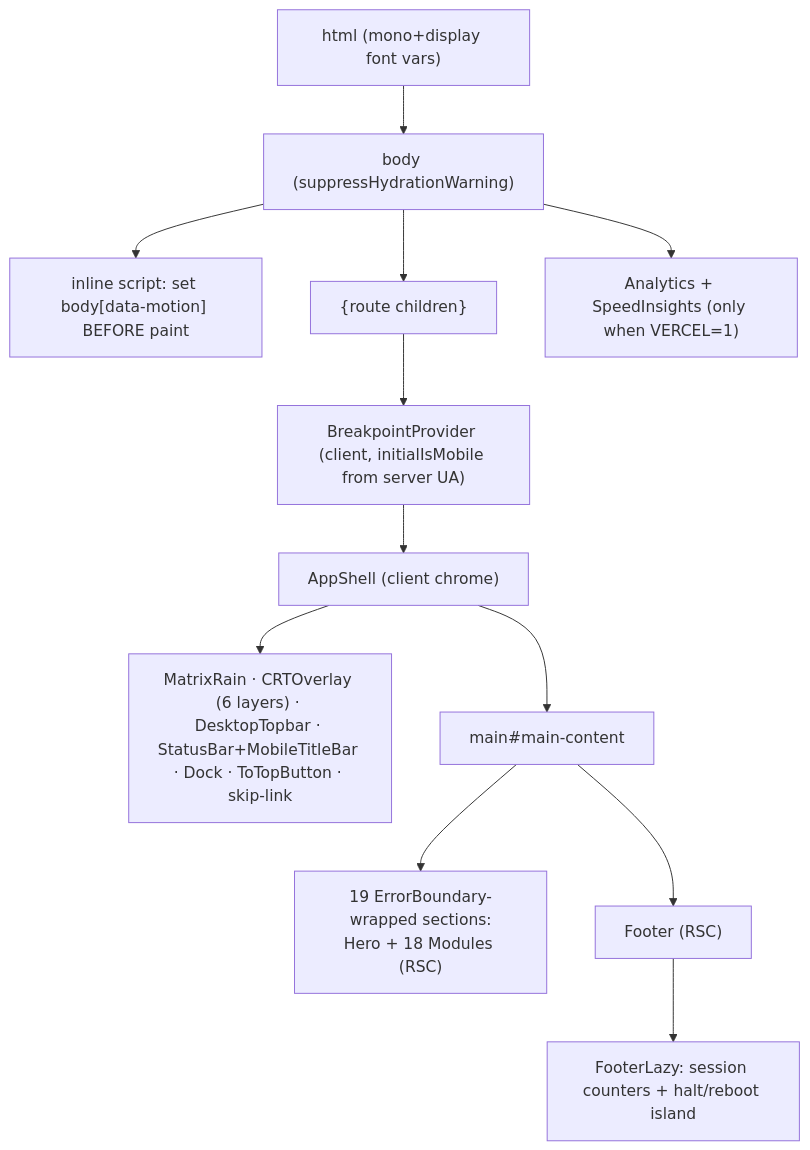
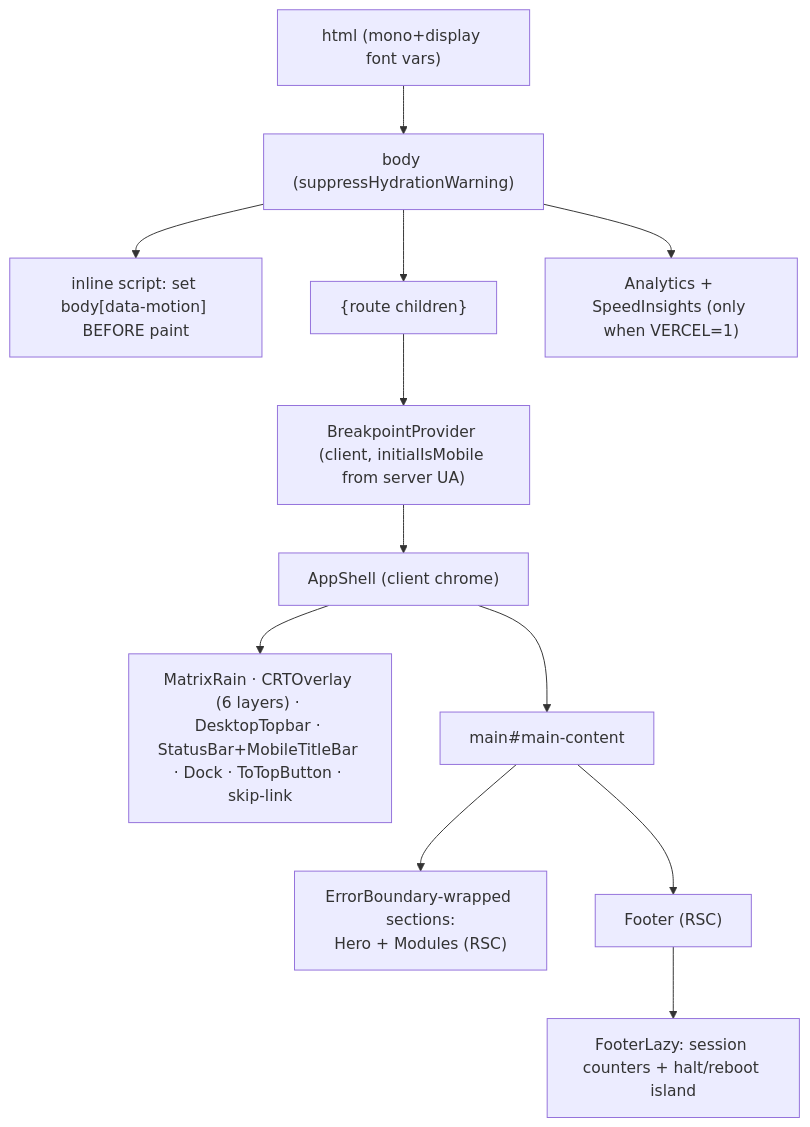
The second of 6 diagrams in docs/03-rendering-and-data-flow.md (erikunha/portfolio), drawn with Mermaid before and after one commit. The commit also changed other lines of this file and 1 other file, not shown here.

Commit message:
docs(rendering): point section counts at the gated constant

````diff
--- a/docs/03-rendering-and-data-flow.md
+++ b/docs/03-rendering-and-data-flow.md
@@ -38,14 +38,14 @@
 ```mermaid
 flowchart TD
     html["html (mono+display font vars)"] --> body["body (suppressHydrationWarning)"]
     body --> boot["inline script: set body[data-motion] BEFORE paint"]
     body --> children["{route children}"]
     body --> rum["Analytics + SpeedInsights (only when VERCEL=1)"]
     children --> bp["BreakpointProvider (client, initialIsMobile from server UA)"]
     bp --> appshell["AppShell (client chrome)"]
     appshell --> chrome["MatrixRain · CRTOverlay (6 layers) · DesktopTopbar · StatusBar+MobileTitleBar · Dock · ToTopButton · skip-link"]
     appshell --> main["main#main-content"]
-    main --> secs["19 ErrorBoundary-wrapped sections:<br/>Hero + 18 Modules (RSC)"]
+    main --> secs["ErrorBoundary-wrapped sections:<br/>Hero + Modules (RSC)"]
     main --> footer["Footer (RSC)"]
     footer --> footerIslands["FooterLazy: session counters + halt/reboot island"]
 ```
````
